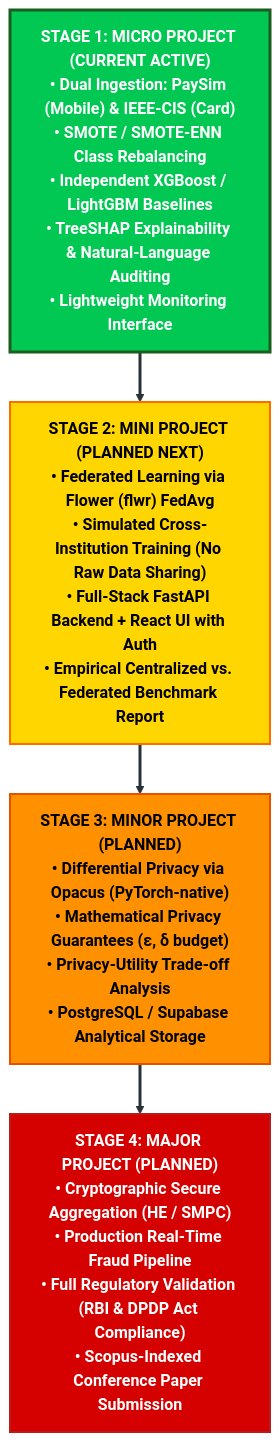
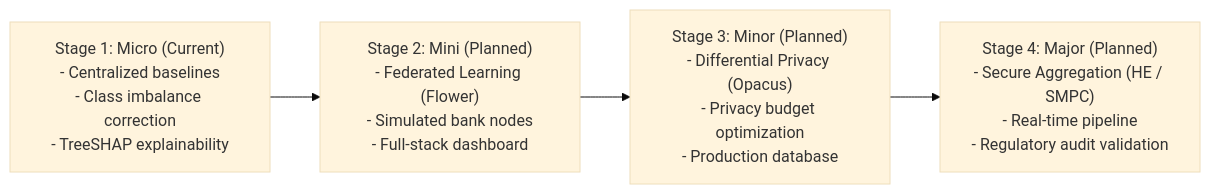
Before and after one commit to End-2007/Privacy-Preserving-Multi-Institutional-Financial-Fraud-Detection: the fourth of 4 diagrams in ARCHITECTURE.md, drawn with Mermaid (base theme). The commit also changed other lines of this file and 1 other file, not shown here.

````diff
--- a/ARCHITECTURE.md
+++ b/ARCHITECTURE.md
@@ -149,19 +113,9 @@
 ```mermaid
-flowchart TD
-    classDef micro fill:#00C853,stroke:#1B5E20,stroke-width:3px,color:#ffffff,font-weight:bold;
-    classDef mini fill:#FFD600,stroke:#FF6D00,stroke-width:2px,color:#000000,font-weight:bold;
-    classDef minor fill:#FF9100,stroke:#E65100,stroke-width:2px,color:#000000,font-weight:bold;
-    classDef major fill:#D50000,stroke:#B71C1C,stroke-width:2px,color:#ffffff,font-weight:bold;
+flowchart LR
+    S1["Stage 1: Micro (Current)\n- Centralized baselines\n- Class imbalance correction\n- TreeSHAP explainability"]
+    S2["Stage 2: Mini (Planned)\n- Federated Learning (Flower)\n- Simulated bank nodes\n- Full-stack dashboard"]
+    S3["Stage 3: Minor (Planned)\n- Differential Privacy (Opacus)\n- Privacy budget optimization\n- Production database"]
+    S4["Stage 4: Major (Planned)\n- Secure Aggregation (HE / SMPC)\n- Real-time pipeline\n- Regulatory audit validation"]
 
-    S1["STAGE 1: MICRO PROJECT (CURRENT ACTIVE)\n• Dual Ingestion: PaySim (Mobile) & IEEE-CIS (Card)\n• SMOTE / SMOTE-ENN Class Rebalancing\n• Independent XGBoost / LightGBM Baselines\n• TreeSHAP Explainability & Natural-Language Auditing\n• Lightweight Monitoring Interface"]:::micro
-
-    S2["STAGE 2: MINI PROJECT (PLANNED NEXT)\n• Federated Learning via Flower (flwr) FedAvg\n• Simulated Cross-Institution Training (No Raw Data Sharing)\n• Full-Stack FastAPI Backend + React UI with Auth\n• Empirical Centralized vs. Federated Benchmark Report"]:::mini
-
-    S3["STAGE 3: MINOR PROJECT (PLANNED)\n• Differential Privacy via Opacus (PyTorch-native)\n• Mathematical Privacy Guarantees (ε, δ budget)\n• Privacy-Utility Trade-off Analysis\n• PostgreSQL / Supabase Analytical Storage"]:::minor
-
-    S4["STAGE 4: MAJOR PROJECT (PLANNED)\n• Cryptographic Secure Aggregation (HE / SMPC)\n• Production Real-Time Fraud Pipeline\n• Full Regulatory Validation (RBI & DPDP Act Compliance)\n• Scopus-Indexed Conference Paper Submission"]:::major
-
-    S1 ==> S2 ==> S3 ==> S4
-
-    linkStyle default stroke:#263238,stroke-width:3px;
+    S1 --> S2 --> S3 --> S4
 ```
````
